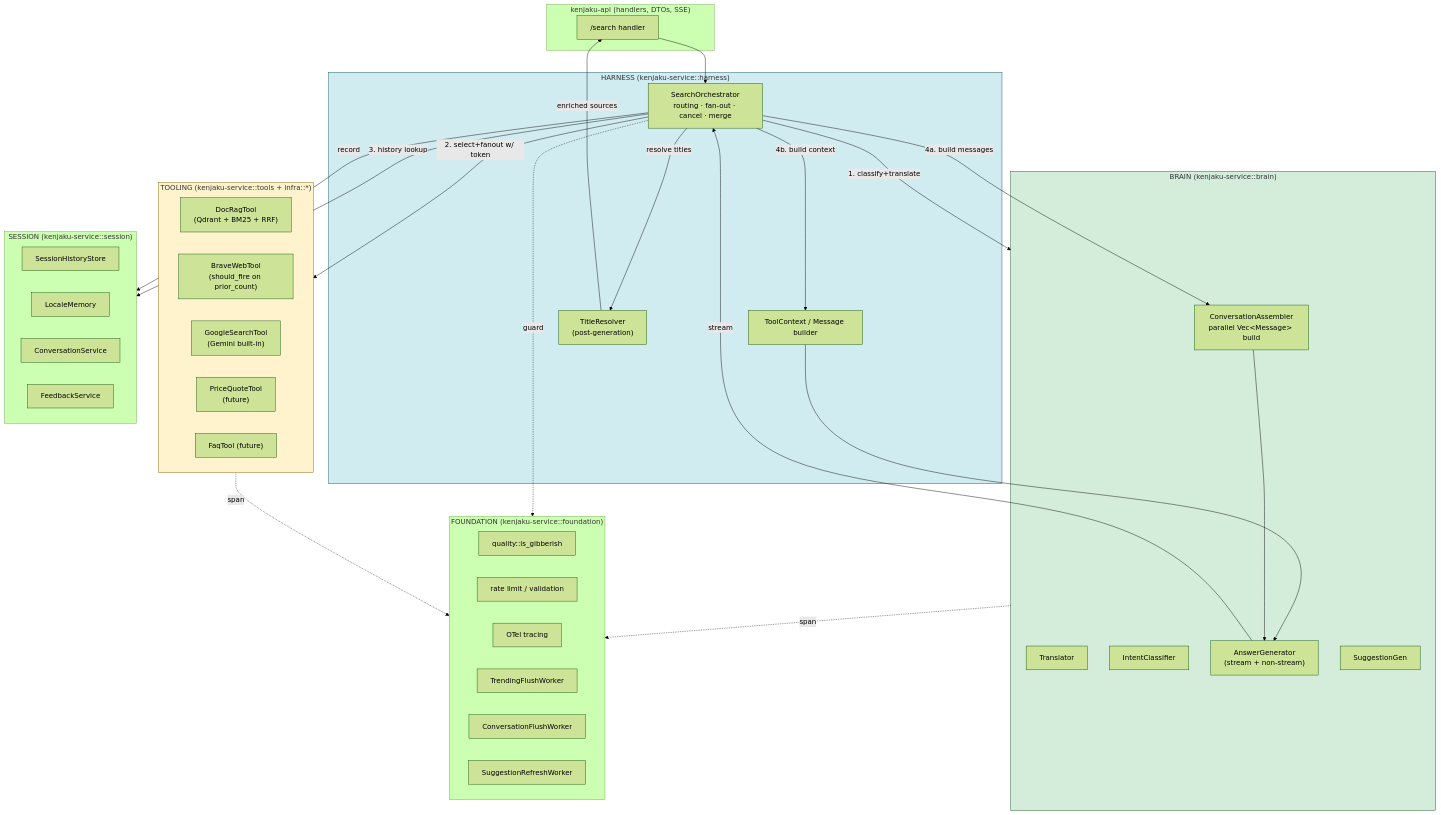
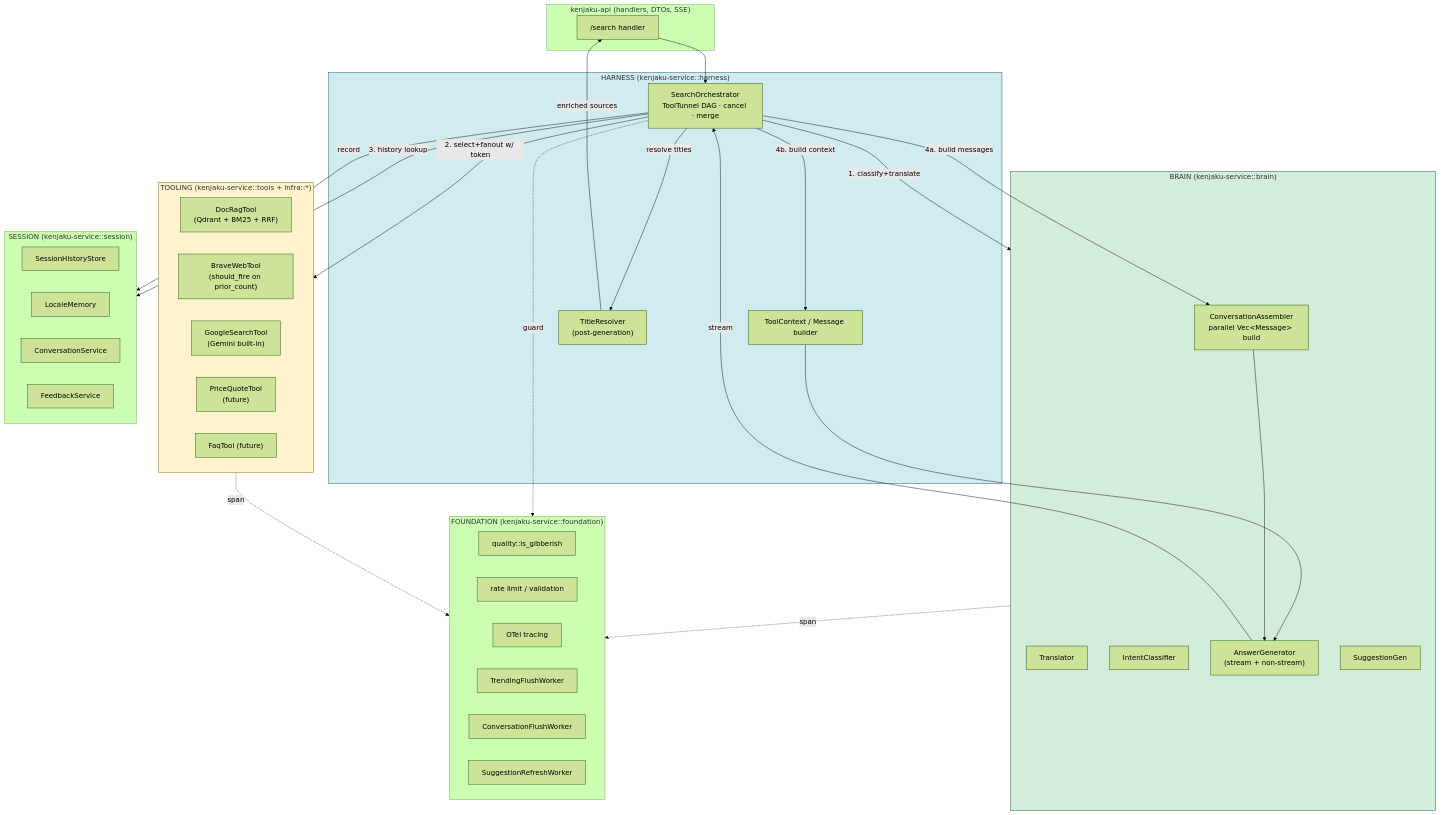
One commit to samwang0723/kenjaku changed the first of 2 diagrams in docs/architecture/layered-refactor.md. Above: the diagram before and after it, drawn with Mermaid (forest theme). The commit also changed other lines of this file, not shown here.

First line of the commit message:
docs(arch): v3 — ToolTunnel DAG executor, updated trait signatures

````diff
--- a/docs/architecture/layered-refactor.md
+++ b/docs/architecture/layered-refactor.md
@@ -37,65 +45,65 @@
 ```mermaid
 flowchart TB
     subgraph API["kenjaku-api  (handlers, DTOs, SSE)"]
         H["/search handler"]
     end
 
     subgraph Harness["HARNESS  (kenjaku-service::harness)"]
-        ORC["SearchOrchestrator<br/>routing · fan-out · cancel · merge"]
+        ORC["SearchOrchestrator<br/>ToolTunnel DAG · cancel · merge"]
         CTX["ToolContext / Message builder"]
         TR["TitleResolver<br/>(post-generation)"]
     end
 
     subgraph Brain["BRAIN  (kenjaku-service::brain)"]
         ASM["ConversationAssembler<br/>parallel Vec&lt;Message&gt; build"]
         TRA["Translator"]
         IC["IntentClassifier"]
         GEN["AnswerGenerator<br/>(stream + non-stream)"]
         SG["SuggestionGen"]
     end
 
     subgraph Tools["TOOLING  (kenjaku-service::tools + infra::*)"]
         direction LR
         T1["DocRagTool<br/>(Qdrant + BM25 + RRF)"]
         T2["BraveWebTool<br/>(should_fire on prior_count)"]
         T3["GoogleSearchTool<br/>(Gemini built-in)"]
         T4["PriceQuoteTool<br/>(future)"]
         T5["FaqTool (future)"]
     end
 
     subgraph Session["SESSION  (kenjaku-service::session)"]
         HIST["SessionHistoryStore"]
         LM["LocaleMemory"]
         CONV["ConversationService"]
         FB["FeedbackService"]
     end
 
     subgraph Foundation["FOUNDATION  (kenjaku-service::foundation)"]
         QG["quality::is_gibberish"]
         RL["rate limit / validation"]
         OT["OTel tracing"]
         TF["TrendingFlushWorker"]
         CF["ConversationFlushWorker"]
         SR["SuggestionRefreshWorker"]
     end
 
     H --> ORC
     ORC -->|1. classify+translate| Brain
     ORC -->|2. select+fanout w/ token| Tools
     ORC -->|3. history lookup| Session
     ORC -->|4a. build messages| ASM
     ORC -->|4b. build context| CTX
     CTX --> GEN
     ASM --> GEN
     GEN -->|stream| ORC
     ORC -->|resolve titles| TR
     TR -->|enriched sources| H
     ORC -->|record| Session
     ORC -.guard.-> Foundation
     Tools -.span.-> Foundation
     Brain -.span.-> Foundation
 
     style Tools fill:#fff3cd,stroke:#856404
     style Harness fill:#d1ecf1,stroke:#0c5460
     style Brain fill:#d4edda,stroke:#155724
 ```
````
